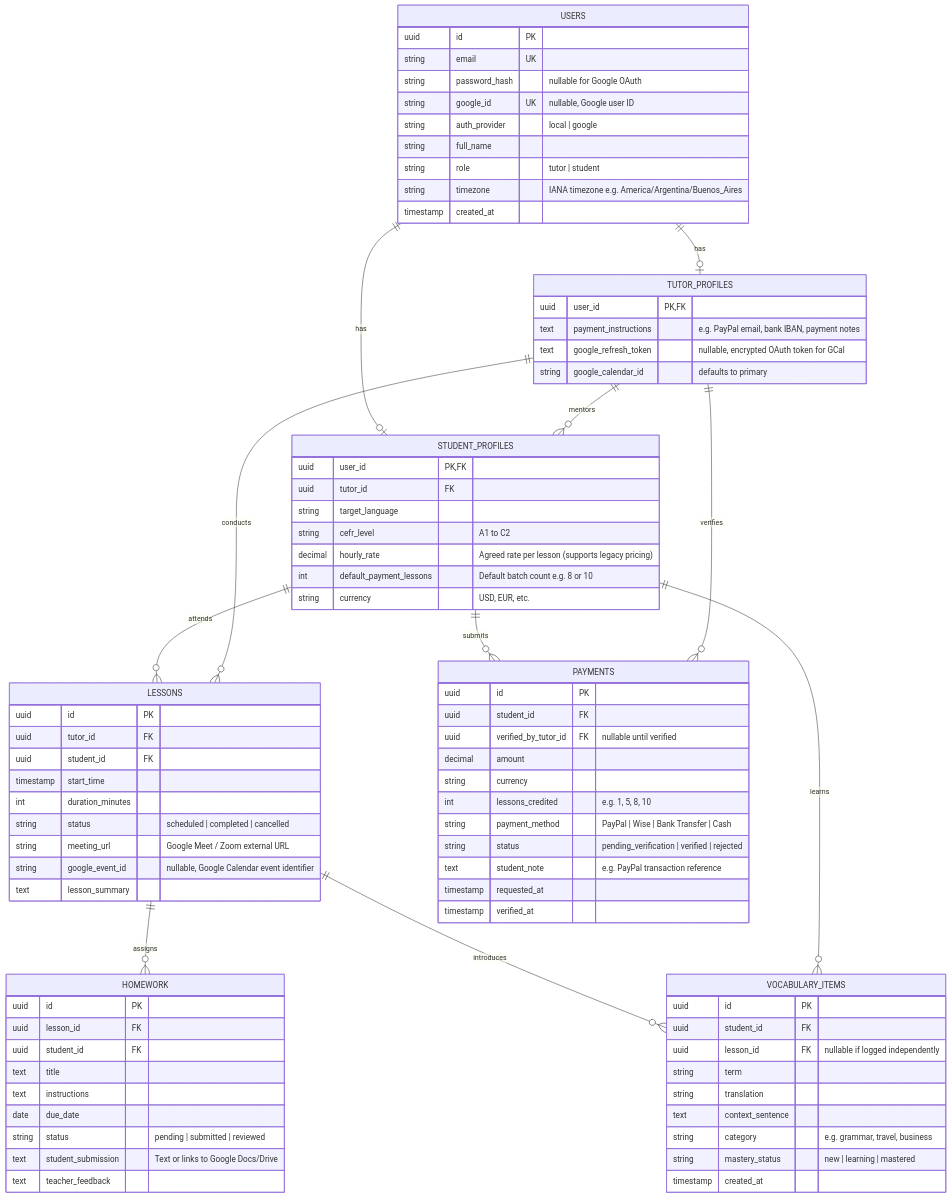
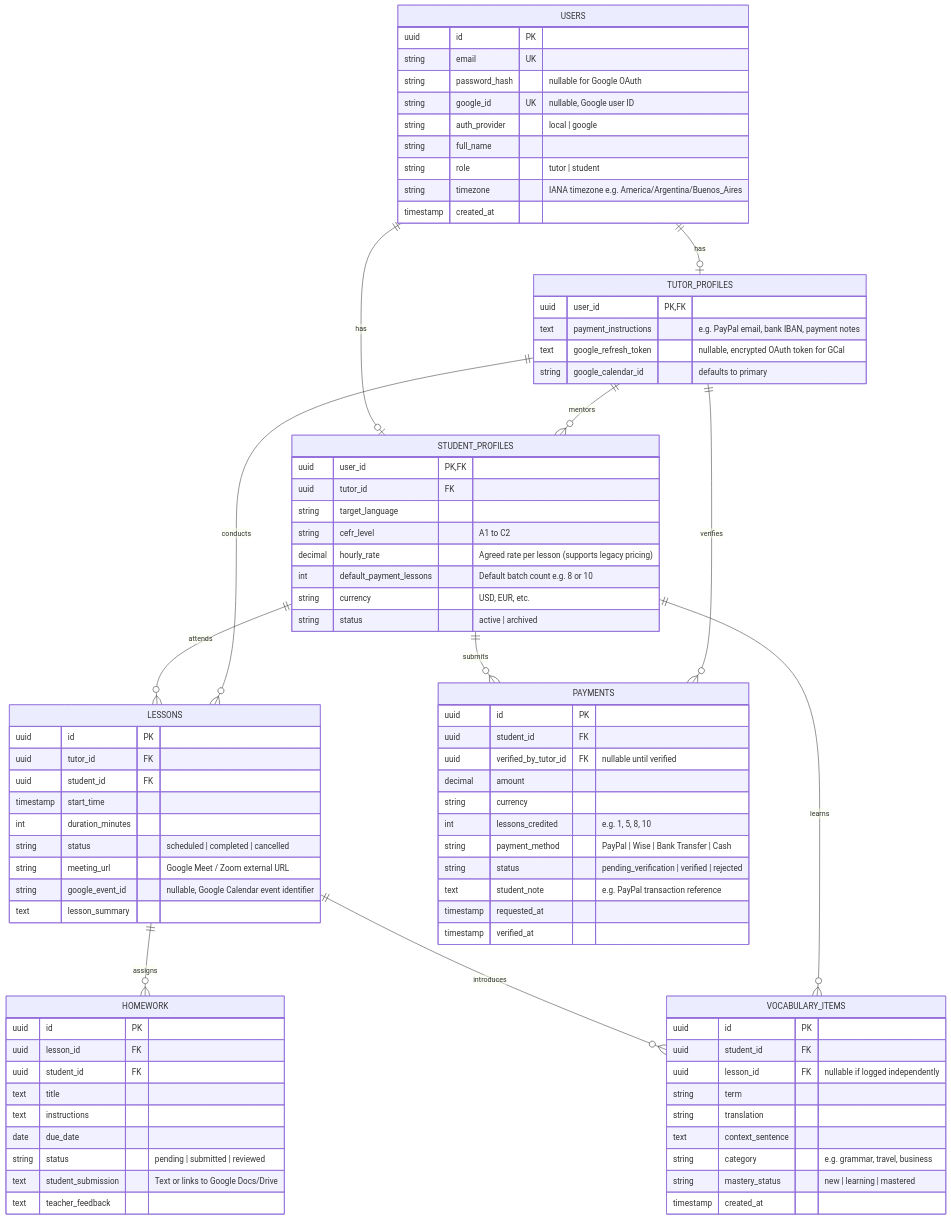
Before and after one commit to DmytroCherednichenko/idiomar-crm: the diagram in docs/diagrams/01-erd.mmd, drawn with Mermaid. The commit also changed 10 other files, not shown here.

```diff
--- a/docs/diagrams/01-erd.mmd
+++ b/docs/diagrams/01-erd.mmd
@@ -1,93 +1,94 @@
 erDiagram
     USERS ||--o| STUDENT_PROFILES : "has"
     USERS ||--o| TUTOR_PROFILES : "has"
     TUTOR_PROFILES ||--o{ STUDENT_PROFILES : "mentors"
     
     STUDENT_PROFILES ||--o{ LESSONS : "attends"
     TUTOR_PROFILES ||--o{ LESSONS : "conducts"
     
     STUDENT_PROFILES ||--o{ PAYMENTS : "submits"
     TUTOR_PROFILES ||--o{ PAYMENTS : "verifies"
 
     LESSONS ||--o{ HOMEWORK : "assigns"
     LESSONS ||--o{ VOCABULARY_ITEMS : "introduces"
     STUDENT_PROFILES ||--o{ VOCABULARY_ITEMS : "learns"
 
     USERS {
         uuid id PK
         string email UK
         string password_hash "nullable for Google OAuth"
         string google_id UK "nullable, Google user ID"
         string auth_provider "local | google"
         string full_name
         string role "tutor | student"
         string timezone "IANA timezone e.g. America/Argentina/Buenos_Aires"
         timestamp created_at
     }
 
     STUDENT_PROFILES {
         uuid user_id PK, FK
         uuid tutor_id FK
         string target_language
         string cefr_level "A1 to C2"
         decimal hourly_rate "Agreed rate per lesson (supports legacy pricing)"
         int default_payment_lessons "Default batch count e.g. 8 or 10"
         string currency "USD, EUR, etc."
+        string status "active | archived"
     }
 
     TUTOR_PROFILES {
         uuid user_id PK, FK
         text payment_instructions "e.g. PayPal email, bank IBAN, payment notes"
         text google_refresh_token "nullable, encrypted OAuth token for GCal"
         string google_calendar_id "defaults to primary"
     }
 
     PAYMENTS {
         uuid id PK
         uuid student_id FK
         uuid verified_by_tutor_id FK "nullable until verified"
         decimal amount
         string currency
         int lessons_credited "e.g. 1, 5, 8, 10"
         string payment_method "PayPal | Wise | Bank Transfer | Cash"
         string status "pending_verification | verified | rejected"
         text student_note "e.g. PayPal transaction reference"
         timestamp requested_at
         timestamp verified_at
     }
 
     LESSONS {
         uuid id PK
         uuid tutor_id FK
         uuid student_id FK
         timestamp start_time
         int duration_minutes
         string status "scheduled | completed | cancelled"
         string meeting_url "Google Meet / Zoom external URL"
         string google_event_id "nullable, Google Calendar event identifier"
         text lesson_summary
     }
 
     HOMEWORK {
         uuid id PK
         uuid lesson_id FK
         uuid student_id FK
         text title
         text instructions
         date due_date
         string status "pending | submitted | reviewed"
         text student_submission "Text or links to Google Docs/Drive"
         text teacher_feedback
     }
 
     VOCABULARY_ITEMS {
         uuid id PK
         uuid student_id FK
         uuid lesson_id FK "nullable if logged independently"
         string term
         string translation
         text context_sentence
         string category "e.g. grammar, travel, business"
         string mastery_status "new | learning | mastered"
         timestamp created_at
     }
```
